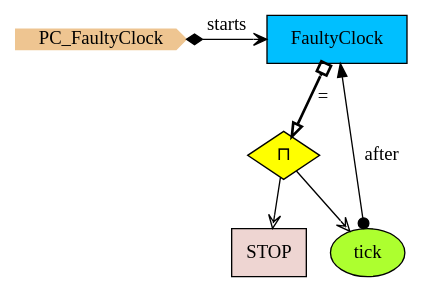
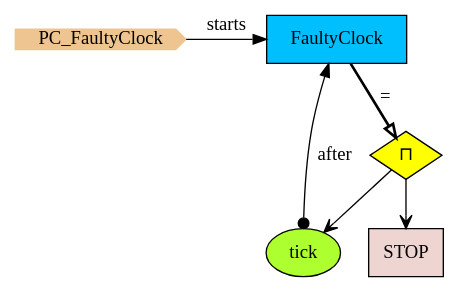
Before and after one commit to namalio/Fragmenta: the diagram in Haskell/PCs/Examples/img/PC_FaultyClock.gv, drawn with Graphviz. The commit also changed 246 other files, not shown here.

```diff
--- a/Haskell/PCs/Examples/img/PC_FaultyClock.gv
+++ b/Haskell/PCs/Examples/img/PC_FaultyClock.gv
@@ -1,15 +1,15 @@
 digraph {
 StartN_ [shape = cds,color=burlywood2,style=filled,height=.2,width=.2, label =PC_FaultyClock];
+tick [shape=ellipse,fillcolor=greenyellow,style = filled,label="tick"];
+OpFaultyClock [shape=diamond,fillcolor=yellow,style = filled,label="⊓"];
 STOP [shape=box,fillcolor=mistyrose2,style = filled,label="STOP"];
-OpFaultyClock [shape=diamond,fillcolor=yellow,style = filled,label="⊓"];
 FaultyClock [shape=box,fillcolor=deepskyblue,style = filled,label="FaultyClock "];
-tick [shape=ellipse,fillcolor=greenyellow,style = filled,label="tick"];
 
-{rank=min;StartN_,FaultyClock}
+{rank=same;FaultyClock,StartN_}
 
+OpFaultyClock->STOP[arrowhead="open"];
+StartN_->FaultyClock[label="starts"];
+FaultyClock->OpFaultyClock[arrowhead="onormal",penwidth=2,label="="];
+OpFaultyClock->tick[arrowhead="open"];
 tick->FaultyClock[arrowtail=dot,dir=both,label="after"];
-OpFaultyClock->STOP[arrowhead="vee",fillcolor=white];
-OpFaultyClock->tick[arrowhead="vee",fillcolor=white];
-StartN_->FaultyClock[arrowhead="open",arrowtail=diamond,dir=both,label="starts"];
-FaultyClock->OpFaultyClock[arrowhead="onormal",dir=both,arrowtail=obox,penwidth=2,label="="];
 }
```
